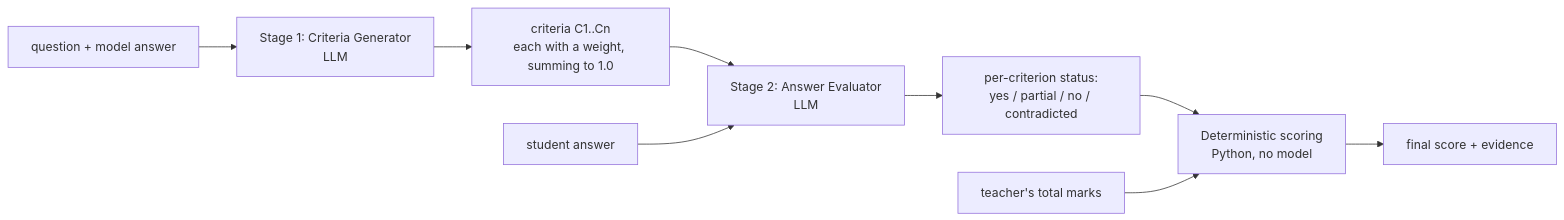
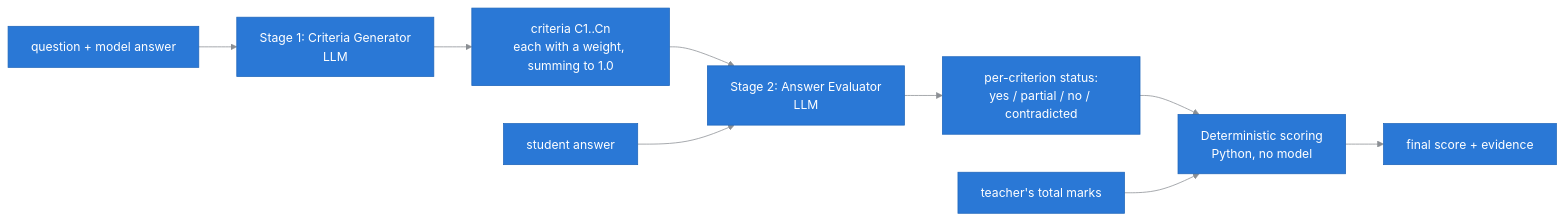
The fourth of 4 diagrams in README.md (tokaM107/Educational-platform---imed), drawn with Mermaid before and after one commit. The commit also changed other lines of this file, not shown here.

Commit message:
chore(docs): update mermaid diagrams with theme customization

````diff
--- a/README.md
+++ b/README.md
@@ -399,11 +402,12 @@
 ```mermaid
+%%{init: {'theme':'base','themeVariables':{'primaryColor':'#2a78d6','primaryTextColor':'#ffffff','primaryBorderColor':'#1f66bb','secondaryColor':'#6b7280','secondaryTextColor':'#ffffff','secondaryBorderColor':'#4b5563','tertiaryColor':'#eb6834','tertiaryTextColor':'#ffffff','tertiaryBorderColor':'#c44d22','lineColor':'#8b8f94','textColor':'#111418','edgeLabelBackground':'#4b5563'}}}%%
 flowchart LR
     Q[question + model answer] --> S1[Stage 1: Criteria Generator<br/>LLM]
     S1 --> C[criteria C1..Cn<br/>each with a weight, summing to 1.0]
     C --> S2[Stage 2: Answer Evaluator<br/>LLM]
     SA[student answer] --> S2
     S2 --> R[per-criterion status:<br/>yes / partial / no / contradicted]
     R --> D[Deterministic scoring<br/>Python, no model]
     TM[teacher's total marks] --> D
     D --> G[final score + evidence]
 ```
````
